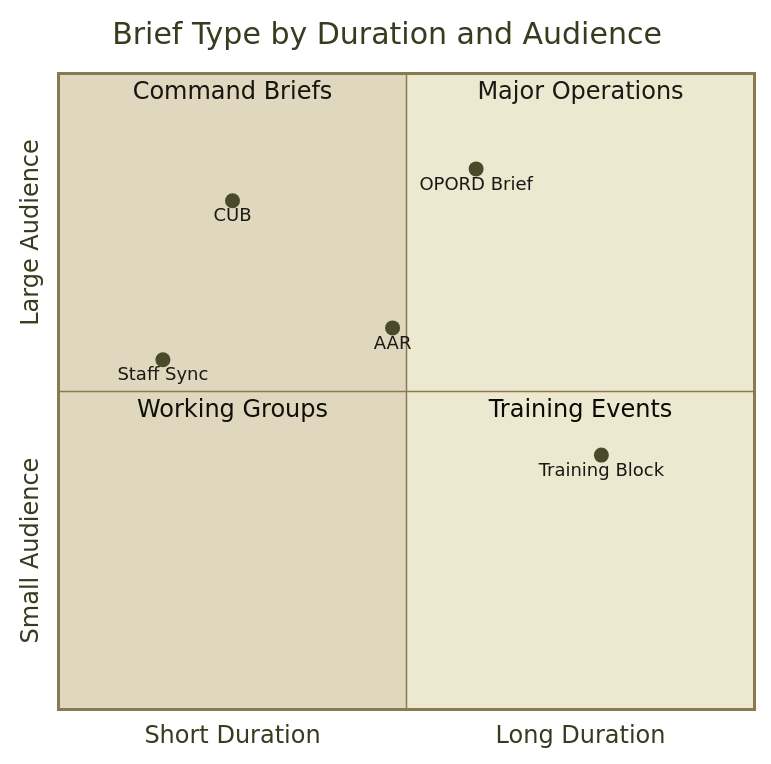
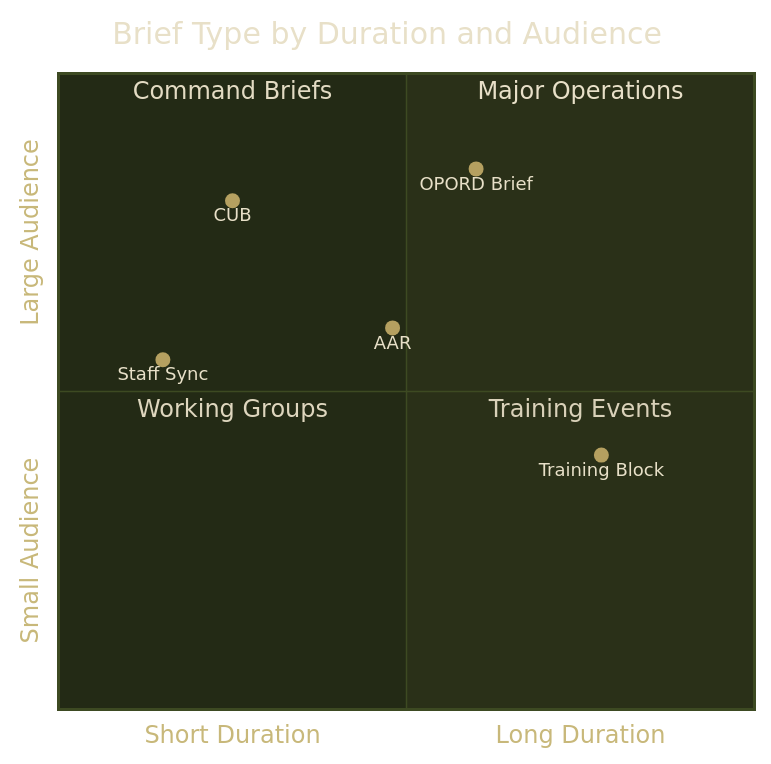
One commit to pjdoland/slidev-theme-field-manual changed the second of 3 diagrams in example.md. Above: the diagram before and after it, drawn with Mermaid. The commit also changed other lines of this file and 6 other files, not shown here.

````diff
--- a/example.md
+++ b/example.md
@@ -725,16 +825,16 @@
 ```mermaid
-%%{init: {'theme': 'base', 'quadrantChart': {'useMaxWidth': true}, 'themeVariables': {'background': '#f5f0e0', 'primaryColor': '#ede8d0', 'primaryTextColor': '#1a1a14', 'primaryBorderColor': '#8a7a50', 'lineColor': '#4a4a2a', 'titleColor': '#3a3a1e', 'quadrant1Fill': '#ede8d0', 'quadrant2Fill': '#e0d8be', 'quadrant3Fill': '#e0d8be', 'quadrant4Fill': '#ede8d0', 'quadrantPointFill': '#4a4a2a', 'quadrantPointTextFill': '#1a1a14', 'quadrantXAxisTextFill': '#3a3a1e', 'quadrantYAxisTextFill': '#3a3a1e', 'quadrantTitleFill': '#3a3a1e', 'quadrantLinesColor': '#8a7a50'}}}%%
+%%{init: {'theme': 'base', 'quadrantChart': {'useMaxWidth': true}, 'themeVariables': {'background': '#1e2214', 'primaryColor': '#2a3018', 'primaryTextColor': '#e8e0c8', 'primaryBorderColor': '#3d4a22', 'lineColor': '#8a7a50', 'titleColor': '#e8e0c8', 'quadrant1Fill': '#2a3018', 'quadrant2Fill': '#232a15', 'quadrant3Fill': '#232a15', 'quadrant4Fill': '#2a3018', 'quadrantPointFill': '#b5a060', 'quadrantPointTextFill': '#e8e0c8', 'quadrantXAxisTextFill': '#c8b87a', 'quadrantYAxisTextFill': '#c8b87a', 'quadrantTitleFill': '#e8e0c8', 'quadrantLinesColor': '#3d4a22'}}}%%
 quadrantChart
     title Brief Type by Duration and Audience
     x-axis Short Duration --> Long Duration
     y-axis Small Audience --> Large Audience
     quadrant-1 Major Operations
     quadrant-2 Command Briefs
     quadrant-3 Working Groups
     quadrant-4 Training Events
     Staff Sync: [0.15, 0.55]
     CUB: [0.25, 0.80]
     AAR: [0.48, 0.60]
     OPORD Brief: [0.60, 0.85]
     Training Block: [0.78, 0.40]
 ```
````
